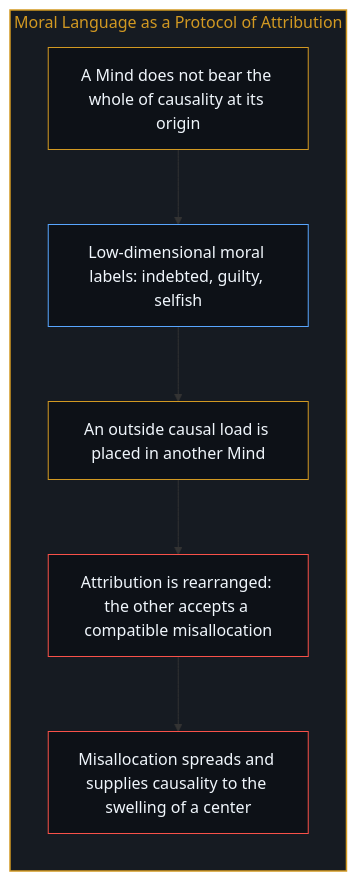
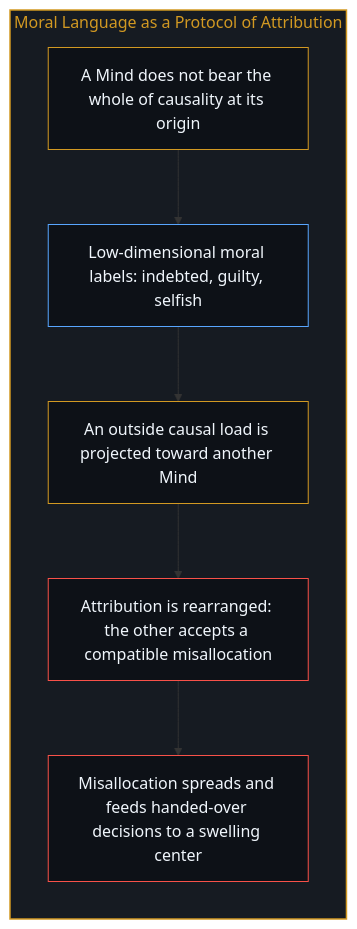
Before and after one commit to powerpig99/not-a-toe: the sixth of 12 diagrams in content/posts/the-power-law-of-surrendered-agency.md, drawn with Mermaid. The commit also changed other lines of this file and 2 other files, not shown here.

````diff
--- a/content/posts/the-power-law-of-surrendered-agency.md
+++ b/content/posts/the-power-law-of-surrendered-agency.md
@@ -157,21 +157,21 @@
 ```mermaid
 flowchart TD
     subgraph S_Moral["Moral Language as a Protocol of Attribution"]
         direction TB
         Decline["A Mind does not bear the whole of causality at its origin"]
         Label["Low-dimensional moral labels: indebted, guilty, selfish"]
-        Load["An outside causal load is placed in another Mind"]
+        Load["An outside causal load is projected toward another Mind"]
         Reroute["Attribution is rearranged: the other accepts a compatible misallocation"]
-        Feed["Misallocation spreads and supplies causality to the swelling of a center"]
+        Feed["Misallocation spreads and feeds handed-over decisions to a swelling center"]
         Decline --> Label
         Label --> Load
         Load --> Reroute
         Reroute --> Feed
     end
     style S_Moral fill:#161b22,stroke:#d29922,stroke-width:1.5px,color:#d29922
     style Decline fill:#0d1117,stroke:#d29922,stroke-width:1px,color:#f0f6fc
     style Label fill:#0d1117,stroke:#58a6ff,stroke-width:1px,color:#f0f6fc
     style Load fill:#0d1117,stroke:#d29922,stroke-width:1px,color:#f0f6fc
     style Reroute fill:#0d1117,stroke:#f85149,stroke-width:1px,color:#f0f6fc
     style Feed fill:#0d1117,stroke:#f85149,stroke-width:1px,color:#f0f6fc
 ```
````
